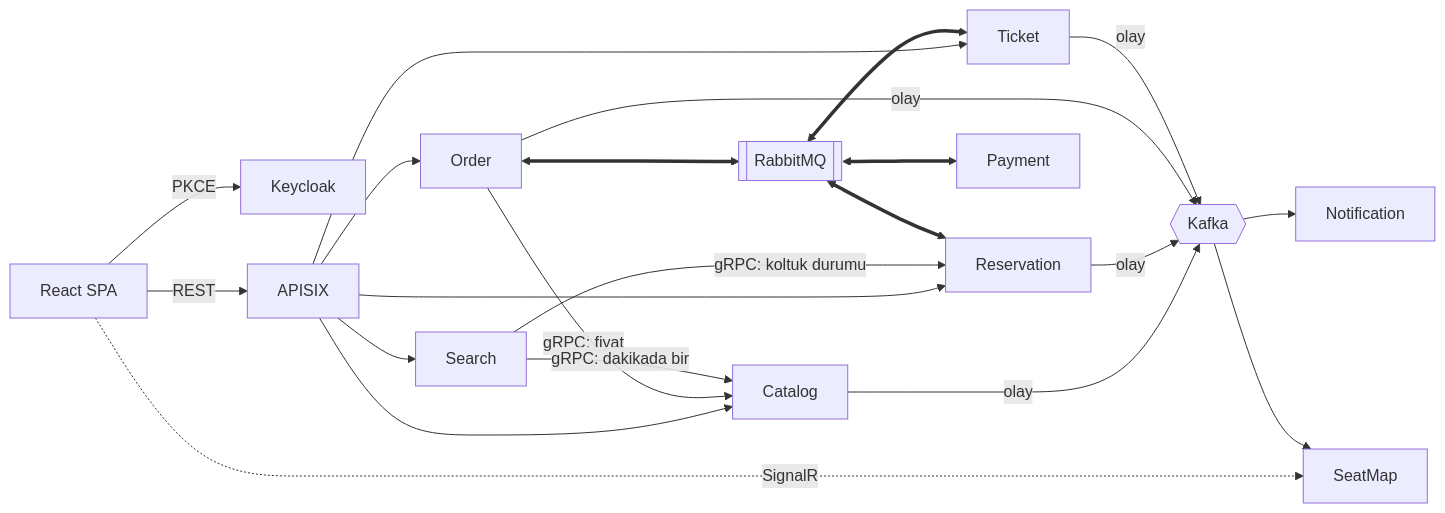
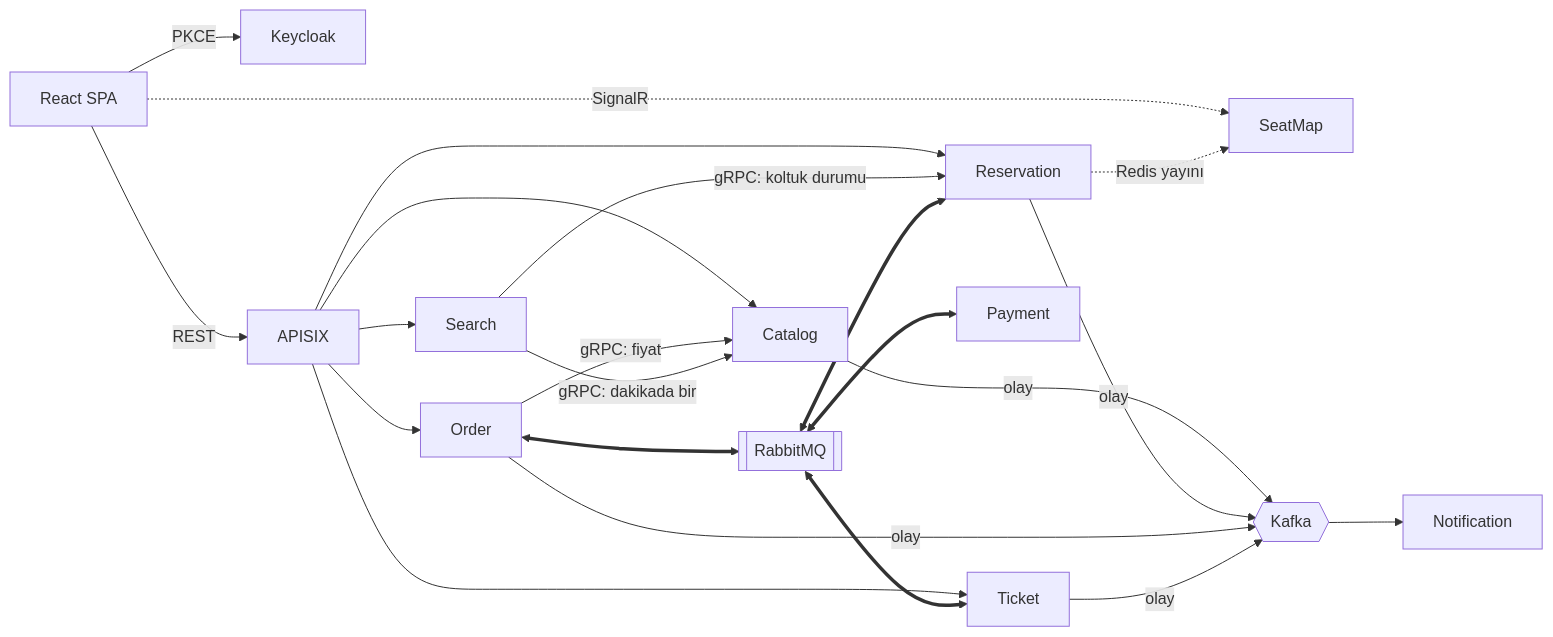
The first of 6 diagrams in docs/tasarim.md (ahmetguvendik/Gise), drawn with Mermaid before and after one commit. The commit also changed other lines of this file and 40 other files, not shown here.

First line of the commit message:
SeatMap: koltuk haritası anlık güncellenir (SignalR, Redis yayını)

````diff
--- a/docs/tasarim.md
+++ b/docs/tasarim.md
@@ -116,25 +116,25 @@
 ```mermaid
 flowchart LR
     SPA["React SPA"] -- "PKCE" --> KC["Keycloak"]
     SPA -- "REST" --> GW["APISIX"]
     SPA -. "SignalR" .-> SM["SeatMap"]
 
     GW --> CAT["Catalog"]
     GW --> RES["Reservation"]
     GW --> ORD["Order"]
     GW --> TIC["Ticket"]
     GW --> SRC["Search"]
 
     ORD -- "gRPC: fiyat" --> CAT
     SRC -- "gRPC: dakikada bir" --> CAT
     SRC -- "gRPC: koltuk durumu" --> RES
 
     ORD <==> MQ[["RabbitMQ"]]
     MQ <==> RES
     MQ <==> PAY["Payment"]
     MQ <==> TIC
 
     CAT & RES & ORD & TIC -- "olay" --> K{{"Kafka"}}
     K --> NOT["Notification"]
-    K --> SM
+    RES -. "Redis yayını" .-> SM
 ```
````
